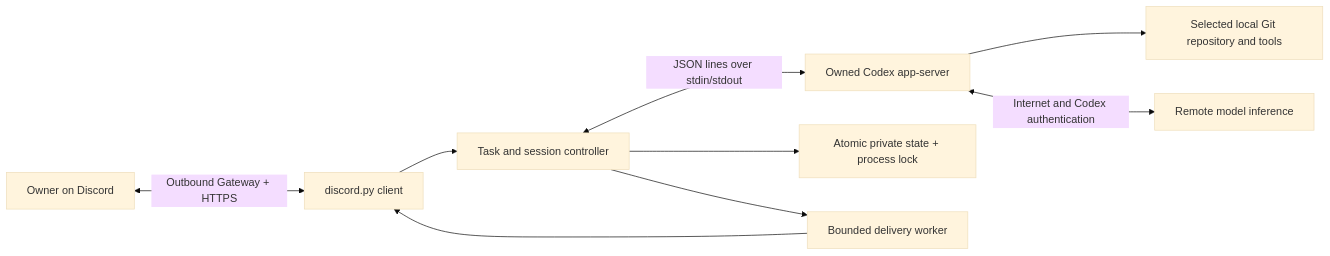
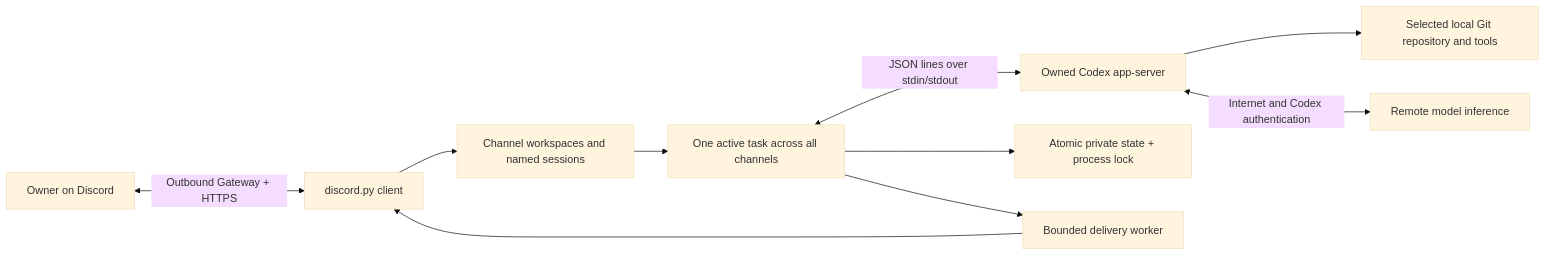
One commit to Jarom-W/discord-coding-agent changed the diagram in docs/architecture.md. Above: the diagram before and after it, drawn with Mermaid (base theme). The commit also changed other lines of this file and 30 other files, not shown here.

Commit message:
Add channel workspaces and CI-gated pull deployment

````diff
--- a/docs/architecture.md
+++ b/docs/architecture.md
@@ -3,11 +3,12 @@
 ```mermaid
 flowchart LR
     Owner[Owner on Discord] <-->|Outbound Gateway + HTTPS| Discord[discord.py client]
-    Discord --> Engine[Task and session controller]
+    Discord --> Catalog[Channel workspaces and named sessions]
+    Catalog --> Engine[One active task across all channels]
     Engine <-->|JSON lines over stdin/stdout| Codex[Owned Codex app-server]
     Codex --> Repo[Selected local Git repository and tools]
     Codex <-->|Internet and Codex authentication| Remote[Remote model inference]
     Engine --> State[Atomic private state + process lock]
     Engine --> Delivery[Bounded delivery worker]
     Delivery --> Discord
 ```
````
